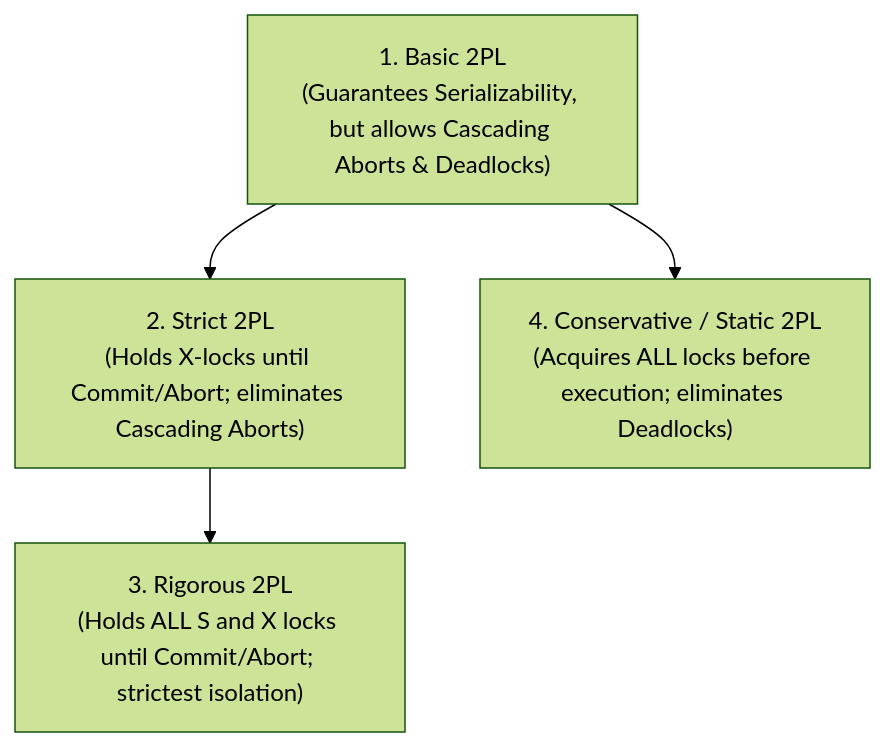
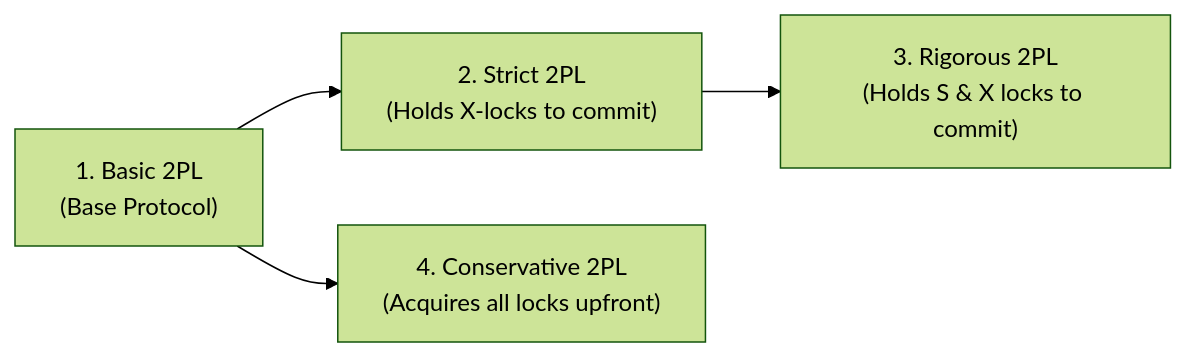
One commit to rohithgowda18/Notes changed diagram 16 of 18 in 02-DBMS/Transactions-and-Concurrency-Control.md. Above: the diagram before and after it, drawn with Mermaid (forest theme). The commit also changed other lines of this file and 15 other files, not shown here.

Commit message:
docs: audit Mermaid diagrams, optimize side-by-side layouts, and deduplicate DBMS advanced notes

````diff
--- a/02-DBMS/Transactions-and-Concurrency-Control.md
+++ b/02-DBMS/Transactions-and-Concurrency-Control.md
@@ -497,10 +489,6 @@
 ```mermaid
-flowchart TD
-    Basic["1. Basic 2PL\n(Guarantees Serializability, but allows Cascading Aborts & Deadlocks)"]
-    Strict["2. Strict 2PL\n(Holds X-locks until Commit/Abort; eliminates Cascading Aborts)"]
-    Rigorous["3. Rigorous 2PL\n(Holds ALL S and X locks until Commit/Abort; strictest isolation)"]
-    Conservative["4. Conservative / Static 2PL\n(Acquires ALL locks before execution; eliminates Deadlocks)"]
-
-    Basic --> Strict --> Rigorous
-    Basic --> Conservative
+flowchart LR
+    Basic["1. Basic 2PL<br/>(Base Protocol)"] --> Strict["2. Strict 2PL<br/>(Holds X-locks to commit)"]
+    Strict --> Rigorous["3. Rigorous 2PL<br/>(Holds S & X locks to commit)"]
+    Basic --> Conservative["4. Conservative 2PL<br/>(Acquires all locks upfront)"]
 ```
````
